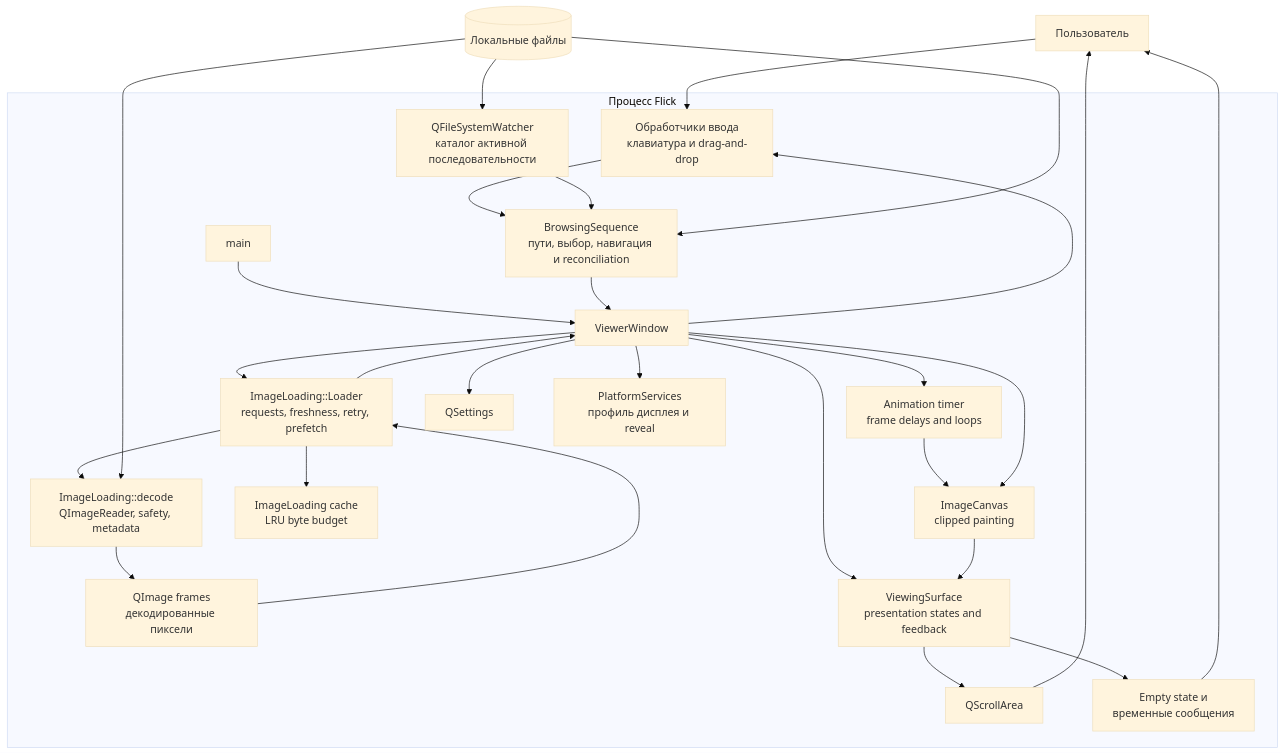
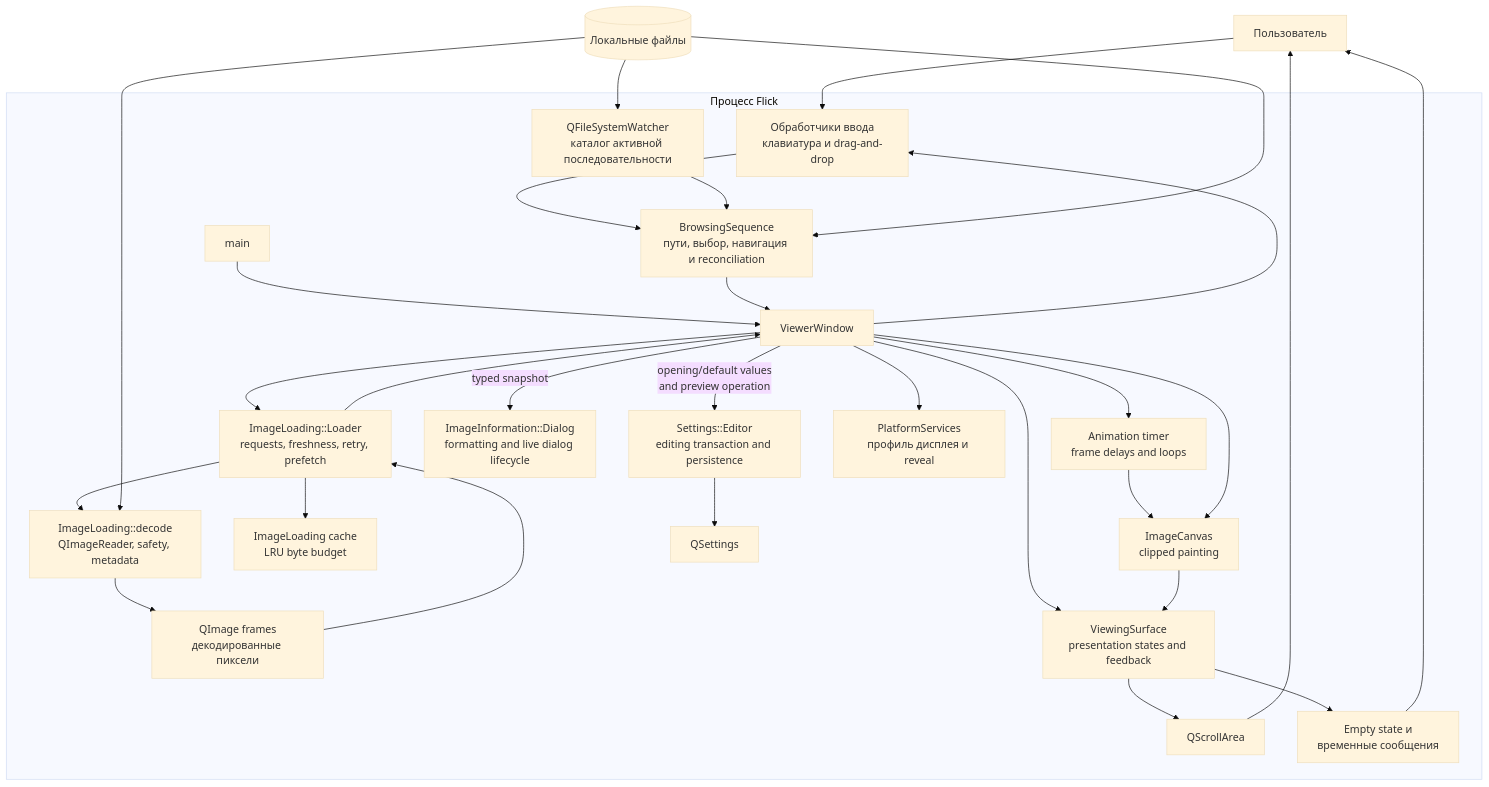
Before and after one commit to Lannselot/Flick: the first of 4 diagrams in docs/architecture.md, drawn with Mermaid (base theme). The commit also changed other lines of this file and 41 other files, not shown here.

````diff
--- a/docs/architecture.md
+++ b/docs/architecture.md
@@ -9,51 +9,54 @@
 ```mermaid
 flowchart TB
     User[Пользователь]
 
     subgraph Flick[Процесс Flick]
         Main[main]
         Window[ViewerWindow]
         Input[Обработчики ввода<br/>клавиатура и drag-and-drop]
         Sequence[BrowsingSequence<br/>пути, выбор, навигация и reconciliation]
         Watcher[QFileSystemWatcher<br/>каталог активной последовательности]
         Loading[ImageLoading::Loader<br/>requests, freshness, retry, prefetch]
         Decode[ImageLoading::decode<br/>QImageReader, safety, metadata]
         Cache[ImageLoading cache<br/>LRU byte budget]
         Image[QImage frames<br/>декодированные пиксели]
         Animation[Animation timer<br/>frame delays and loops]
         Canvas[ImageCanvas<br/>clipped painting]
         Surface[ViewingSurface<br/>presentation states and feedback]
+        Information[ImageInformation::Dialog<br/>formatting and live dialog lifecycle]
+        SettingsEditor[Settings::Editor<br/>editing transaction and persistence]
         Viewport[QScrollArea]
         Feedback[Empty state и<br/>временные сообщения]
-        Settings[QSettings]
         Platform[PlatformServices<br/>профиль дисплея и reveal]
 
         Main --> Window
         Window --> Input
         Input --> Sequence
         Watcher --> Sequence
         Window --> Loading
         Sequence --> Window
         Loading --> Decode
         Decode --> Image
         Image --> Loading
         Loading --> Cache
         Loading --> Window
         Window --> Animation
         Animation --> Canvas
         Window --> Canvas
         Window --> Surface
+        Window -->|typed snapshot| Information
+        Window -->|opening/default values<br/>and preview operation| SettingsEditor
         Canvas --> Surface
         Surface --> Viewport
         Surface --> Feedback
-        Window --> Settings
+        SettingsEditor --> Settings[QSettings]
         Window --> Platform
     end
 
     Files[(Локальные файлы)] --> Sequence
     Files --> Watcher
     Files --> Decode
     User --> Input
     Viewport --> User
     Feedback --> User
 ```
````
